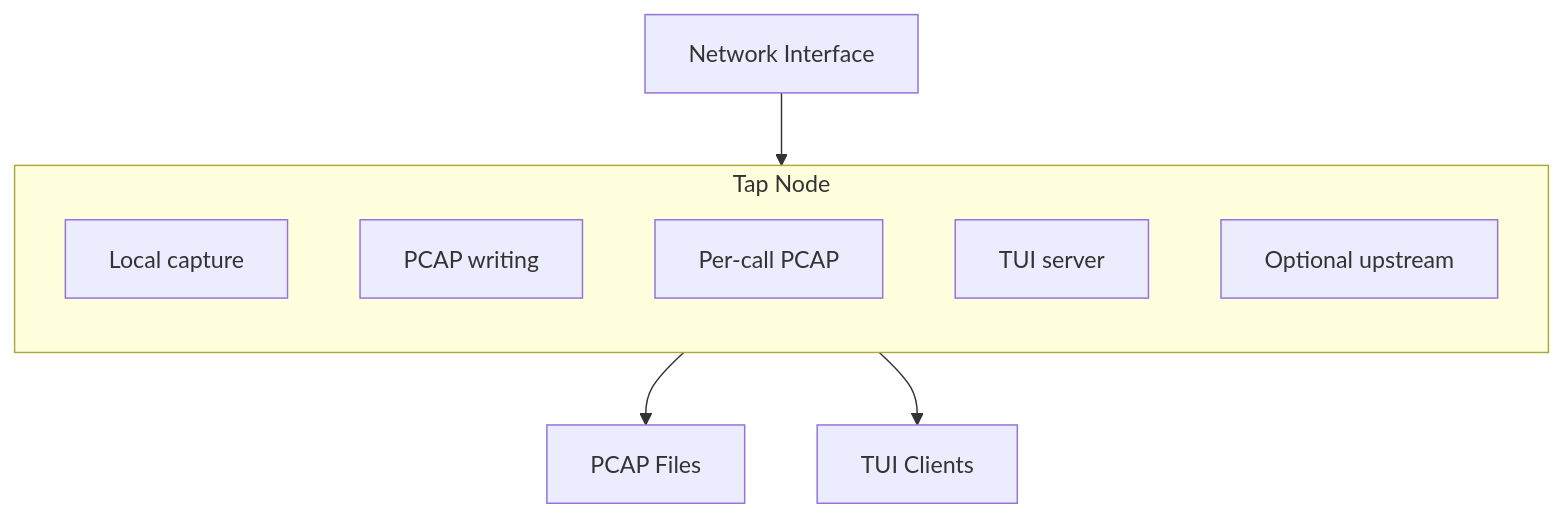
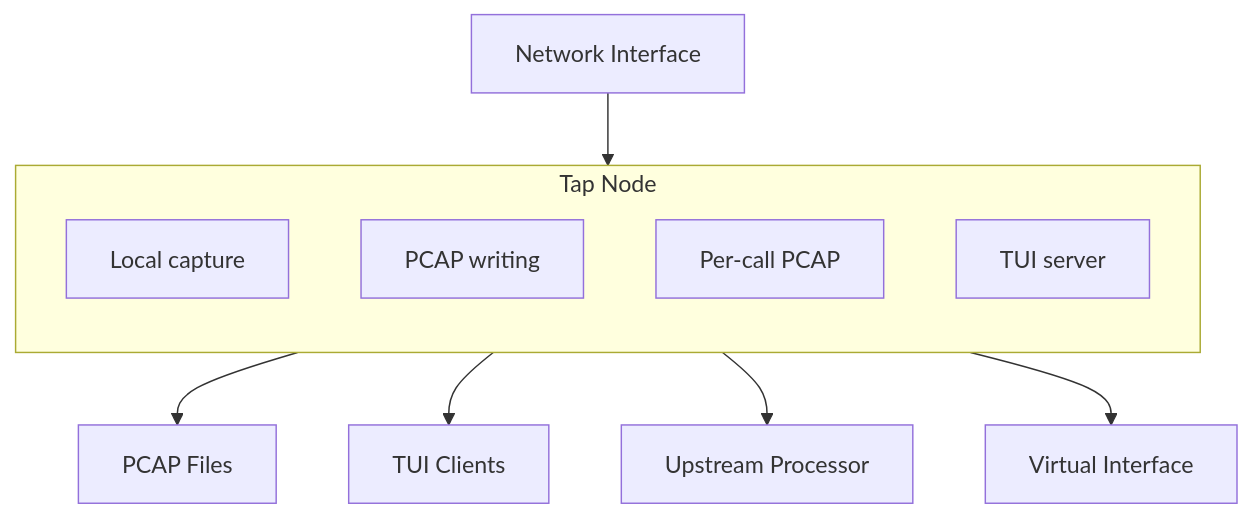
Before and after one commit to endorses/lippycat: the first of 8 diagrams in docs/DISTRIBUTED_MODE.md, drawn with Mermaid. The commit also changed other lines of this file and 1 other file, not shown here.

````diff
--- a/docs/DISTRIBUTED_MODE.md
+++ b/docs/DISTRIBUTED_MODE.md
@@ -27,17 +50,18 @@
 ```mermaid
 flowchart TB
     NI[Network Interface]
     NI --> TAP
 
     subgraph TAP[Tap Node]
         direction TB
         LC[Local capture]
         PW[PCAP writing]
         PC[Per-call PCAP]
         TS[TUI server]
-        OU[Optional upstream]
     end
 
     TAP --> PCAP[PCAP Files]
     TAP --> TUI[TUI Clients]
+    TAP --> UP[Upstream Processor]
+    TAP --> VI[Virtual Interface]
 ```
````
